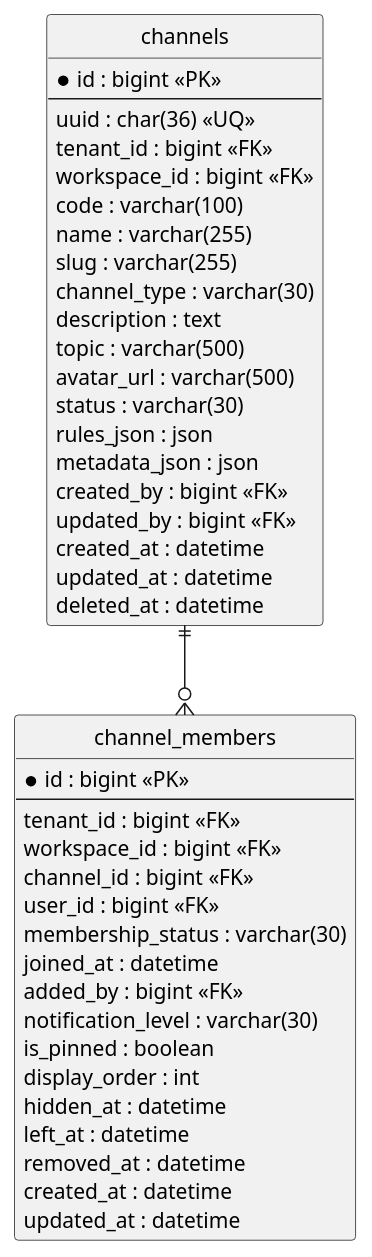
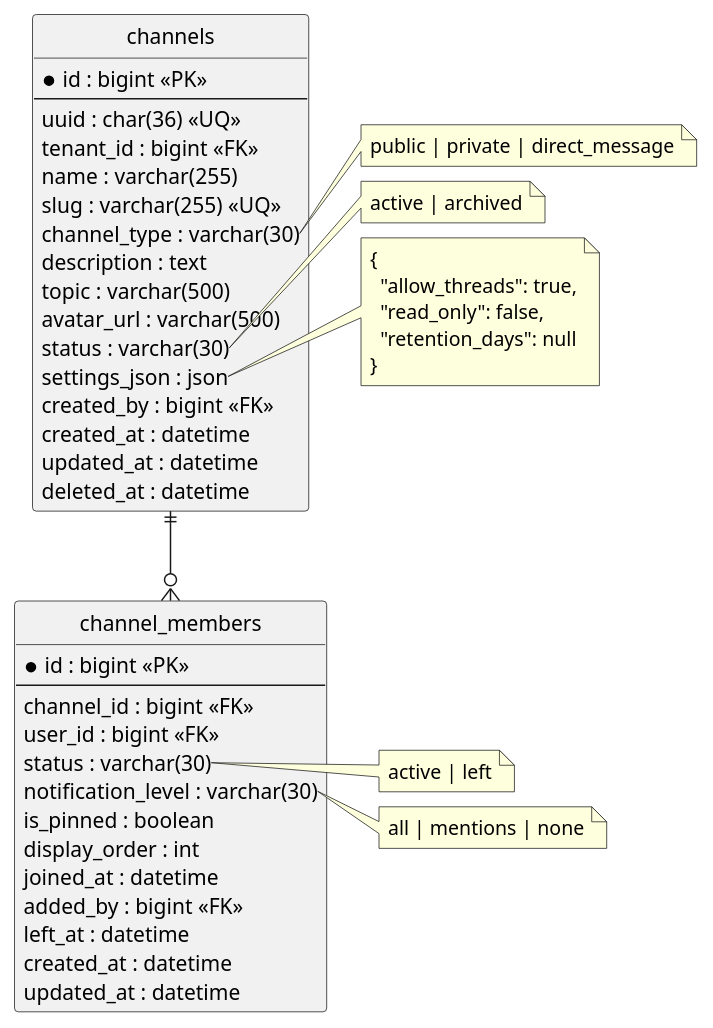
Before and after one commit to NFMU/app-design: the diagram in phase1/database/04_channel.puml, drawn with PlantUML. The commit also changed 9 other files, not shown here.

First line of the commit message:
Refactor database schema for simplified design and improved consistency

```diff
--- a/phase1/database/04_channel.puml
+++ b/phase1/database/04_channel.puml
@@ -1,49 +1,65 @@
 @startuml
 hide circle
 skinparam linetype ortho
 
 entity channels {
   * id : bigint <<PK>>
   --
   uuid : char(36) <<UQ>>
   tenant_id : bigint <<FK>>
-  workspace_id : bigint <<FK>>
-  code : varchar(100)
   name : varchar(255)
-  slug : varchar(255)
+  slug : varchar(255) <<UQ>>
   channel_type : varchar(30)
   description : text
   topic : varchar(500)
   avatar_url : varchar(500)
   status : varchar(30)
-  rules_json : json
-  metadata_json : json
+  settings_json : json
   created_by : bigint <<FK>>
-  updated_by : bigint <<FK>>
   created_at : datetime
   updated_at : datetime
   deleted_at : datetime
 }
 
+note right of channels::channel_type
+  public | private | direct_message
+end note
+
+note right of channels::status
+  active | archived
+end note
+
+note right of channels::settings_json
+  {
+    "allow_threads": true,
+    "read_only": false,
+    "retention_days": null
+  }
+end note
+
 entity channel_members {
   * id : bigint <<PK>>
   --
-  tenant_id : bigint <<FK>>
-  workspace_id : bigint <<FK>>
   channel_id : bigint <<FK>>
   user_id : bigint <<FK>>
-  membership_status : varchar(30)
-  joined_at : datetime
-  added_by : bigint <<FK>>
+  status : varchar(30)
   notification_level : varchar(30)
   is_pinned : boolean
   display_order : int
-  hidden_at : datetime
+  joined_at : datetime
+  added_by : bigint <<FK>>
   left_at : datetime
-  removed_at : datetime
   created_at : datetime
   updated_at : datetime
 }
 
+note right of channel_members::status
+  active | left
+end note
+
+note right of channel_members::notification_level
+  all | mentions | none
+end note
+
 channels ||--o{ channel_members
 @enduml
```
